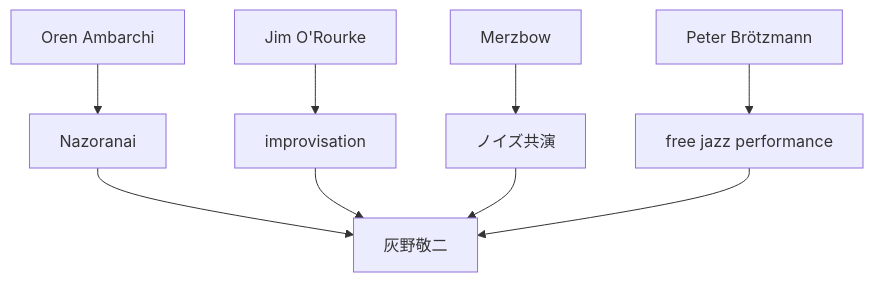
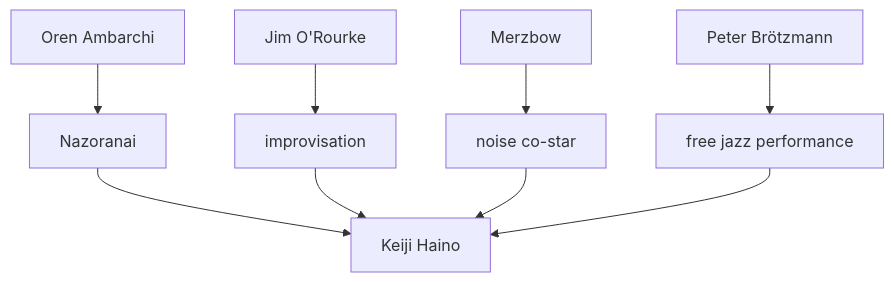
Before and after one commit to monumental-movement/monumental-movement.github.io: the seventh of 9 diagrams in en/_posts/2026-03-06-column-keiji-haino.md, drawn with Mermaid. The commit also changed other lines of this file and 851 other files, not shown here.

```diff
--- a/en/_posts/2026-03-06-column-keiji-haino.md
+++ b/en/_posts/2026-03-06-column-keiji-haino.md
@@ -624,22 +624,22 @@
 <div class="mermaid">
 
 graph TD
 
-Haino[灰野敬二]
+Haino[Keiji Haino]
 
 Oren[Oren Ambarchi]
 Jim[Jim O'Rourke]
 Merzbow[Merzbow]
 Peter[Peter Brötzmann]
 
 Oren --> Nazoranai[Nazoranai]
 Jim --> Improvisation[improvisation]
-Merzbow --> NoiseSession[ノイズ共演]
+Merzbow --> NoiseSession[noise co-star]
 Peter --> FreeJazz[free jazz performance]
 
 Nazoranai --> Haino
 Improvisation --> Haino
 NoiseSession --> Haino
 FreeJazz --> Haino
 
 </div>
```
